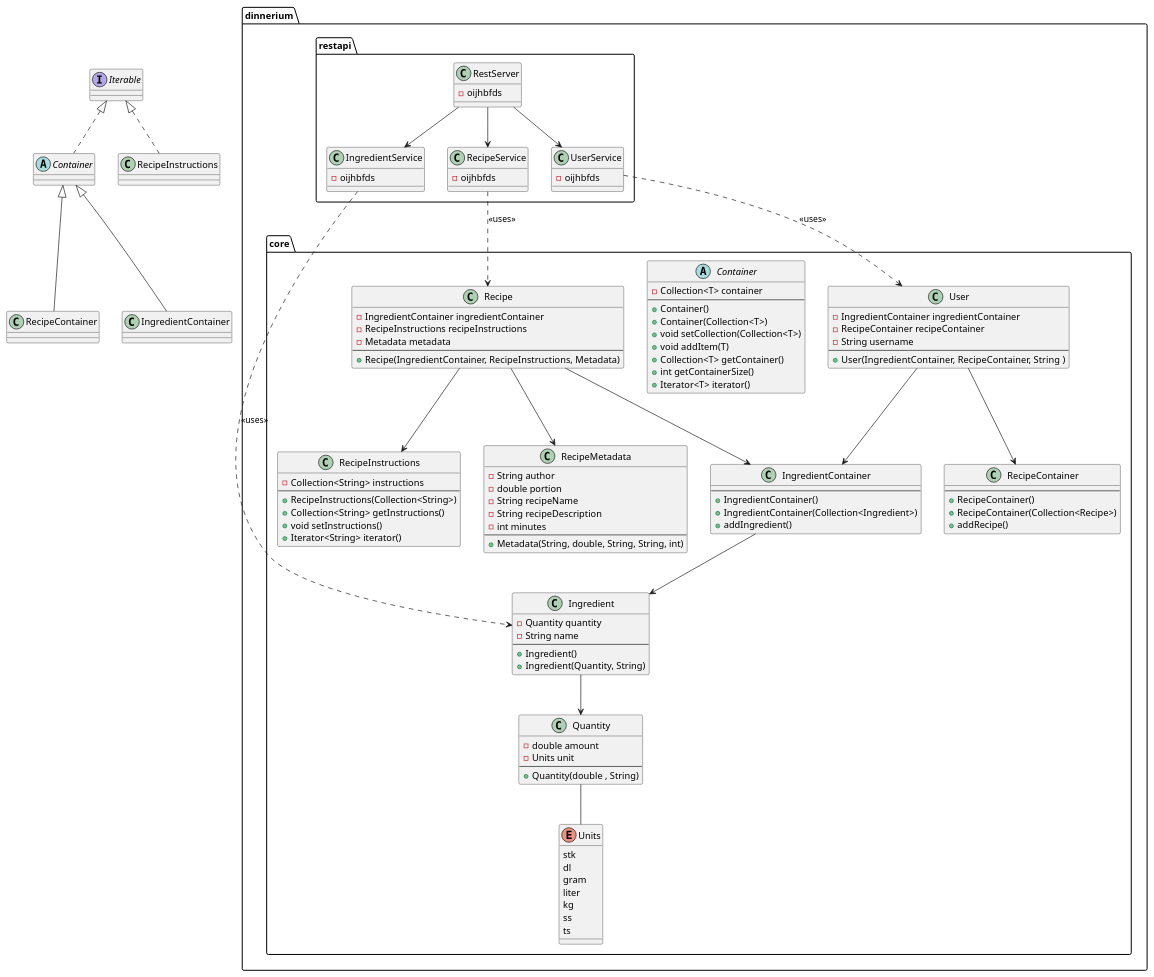
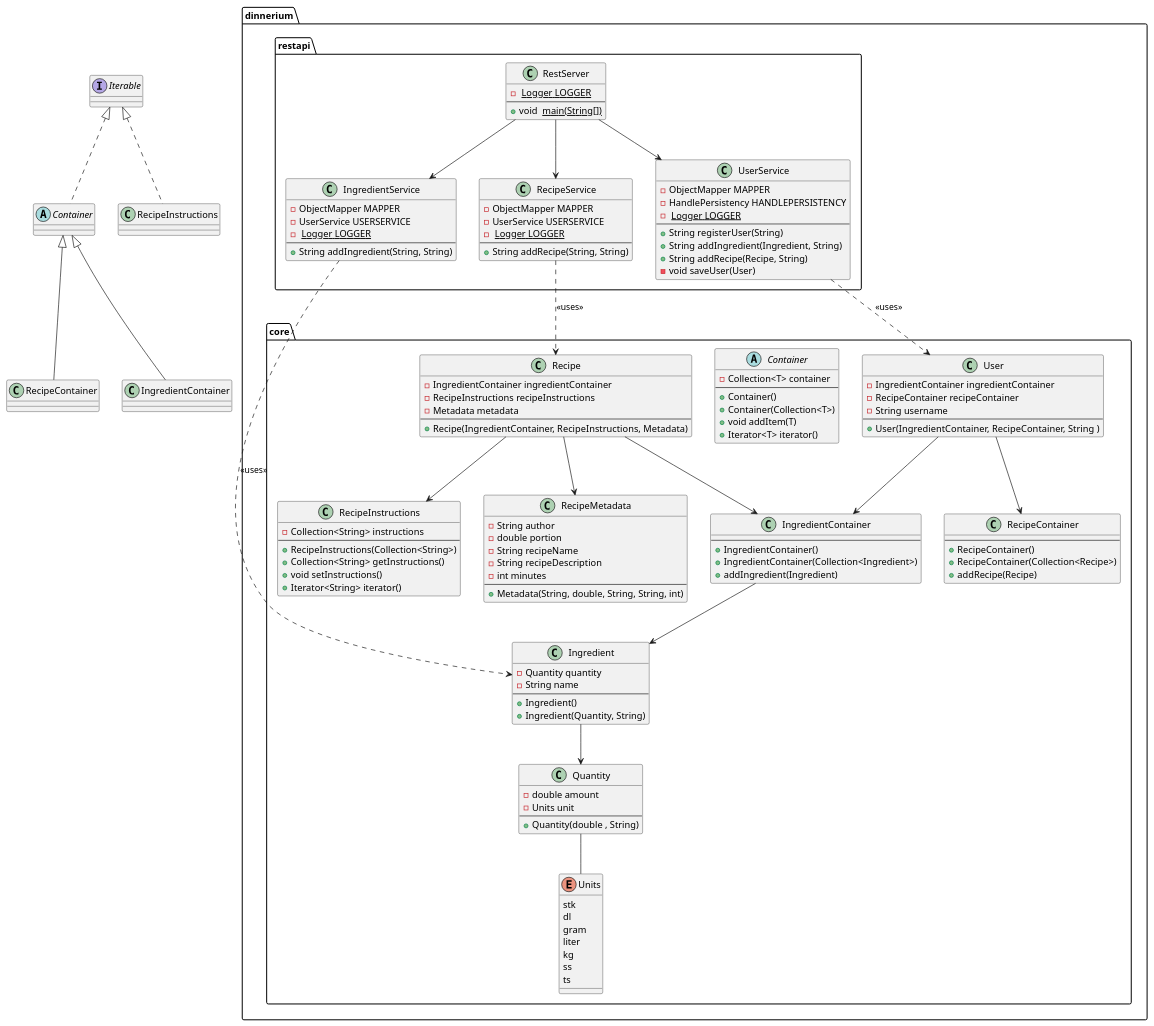
The diagram in documentation/diagrams/src/class_diagram.puml (joonerik/dinnerium), drawn with PlantUML before and after one commit.

Commit message:
add methods to Service and remove other excessive methods

```diff
--- a/documentation/diagrams/src/class_diagram.puml
+++ b/documentation/diagrams/src/class_diagram.puml
@@ -1,131 +1,145 @@
 @startuml sequence_diagram
 
 package dinnerium.core {
     class Recipe {
         - IngredientContainer ingredientContainer
         - RecipeInstructions recipeInstructions
         - Metadata metadata
         --
         + Recipe(IngredientContainer, RecipeInstructions, Metadata)
     }
 
     class Quantity {
         - double amount
         - Units unit
         --
         + Quantity(double , String)
     }
 
     enum Units {
         stk
         dl
         gram
         liter
         kg
         ss
         ts
     }
 
     class Ingredient {
         - Quantity quantity
         - String name
         --
         + Ingredient()
         + Ingredient(Quantity, String)
     }
 
     abstract class Container {
-    - Collection<T> container
-    --
-    + Container()
-    + Container(Collection<T>) 
-    + void setCollection(Collection<T>)
-    + void addItem(T)  
-    + Collection<T> getContainer()
-    + int getContainerSize()
-    + Iterator<T> iterator()
+        - Collection<T> container
+        --
+        + Container()
+        + Container(Collection<T>) 
+        + void addItem(T)  
+        + Iterator<T> iterator()
     }
 
     class IngredientContainer {
         --
         + IngredientContainer()
         + IngredientContainer(Collection<Ingredient>)
-        + addIngredient()
+        + addIngredient(Ingredient)
     }
 
     class RecipeContainer {
         --
         + RecipeContainer()
         + RecipeContainer(Collection<Recipe>)
-        + addRecipe()
+        + addRecipe(Recipe)
     }
 
     class RecipeInstructions {
         - Collection<String> instructions
         --
         + RecipeInstructions(Collection<String>)
         + Collection<String> getInstructions()
         + void setInstructions()
         + Iterator<String> iterator()
     }
 
     class RecipeMetadata {
         - String author
         - double portion
         - String recipeName
         - String recipeDescription
         - int minutes
         --
         + Metadata(String, double, String, String, int)
     }
 
     class User {
         - IngredientContainer ingredientContainer
         - RecipeContainer recipeContainer
         - String username
         --
         + User(IngredientContainer, RecipeContainer, String )
     }
 }
 
 
 package dinnerium.restapi{
     class IngredientService {
-    - oijhbfds
+        - ObjectMapper MAPPER
+        - UserService USERSERVICE
+        - <u> Logger LOGGER
+        --
+        + String addIngredient(String, String)
     }
 
     class RecipeService {
-        - oijhbfds
+        - ObjectMapper MAPPER
+        - UserService USERSERVICE
+        - <u> Logger LOGGER
+        --
+        + String addRecipe(String, String)
     }
 
     class UserService {
-        - oijhbfds
+        - ObjectMapper MAPPER
+        - HandlePersistency HANDLEPERSISTENCY
+        - <u> Logger LOGGER
+        --
+        + String registerUser(String)
+        + String addIngredient(Ingredient, String)
+        + String addRecipe(Recipe, String)
+        - void saveUser(User)
     }
 
     class RestServer {
-        - oijhbfds
+        - <u> Logger LOGGER
+        --
+        + void <u> main(String[])
     }
 }
 
 interface Iterable
 
 User --> RecipeContainer
 User --> IngredientContainer
 Recipe --> IngredientContainer
 Recipe --> RecipeInstructions
 Recipe --> RecipeMetadata
 IngredientContainer --> Ingredient
 Ingredient --> Quantity
 Quantity -- Units
 abstract class Container implements Iterable
 class RecipeInstructions implements Iterable
 class RecipeContainer extends Container
 class IngredientContainer extends Container
 
 RestServer --> IngredientService
 RestServer --> RecipeService
 RestServer --> UserService
 IngredientService ..> Ingredient: << uses >>
 RecipeService ..> Recipe: << uses >>
 UserService ..> User: << uses >>
 @enduml
```
